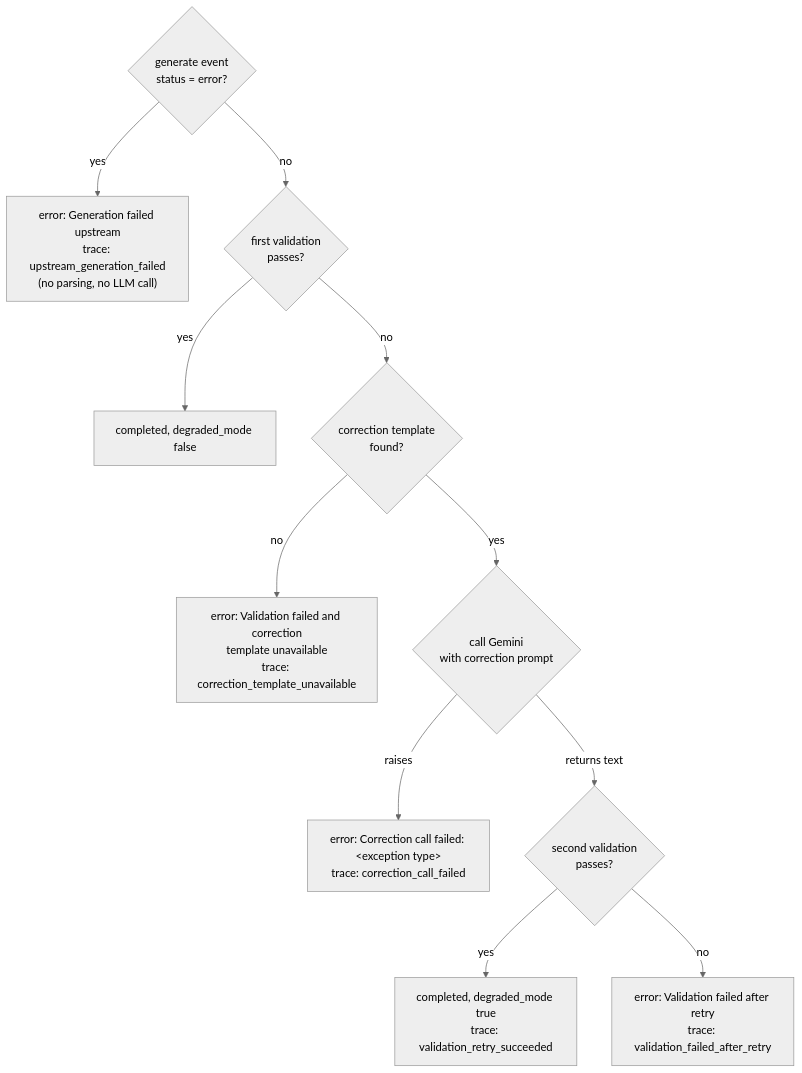
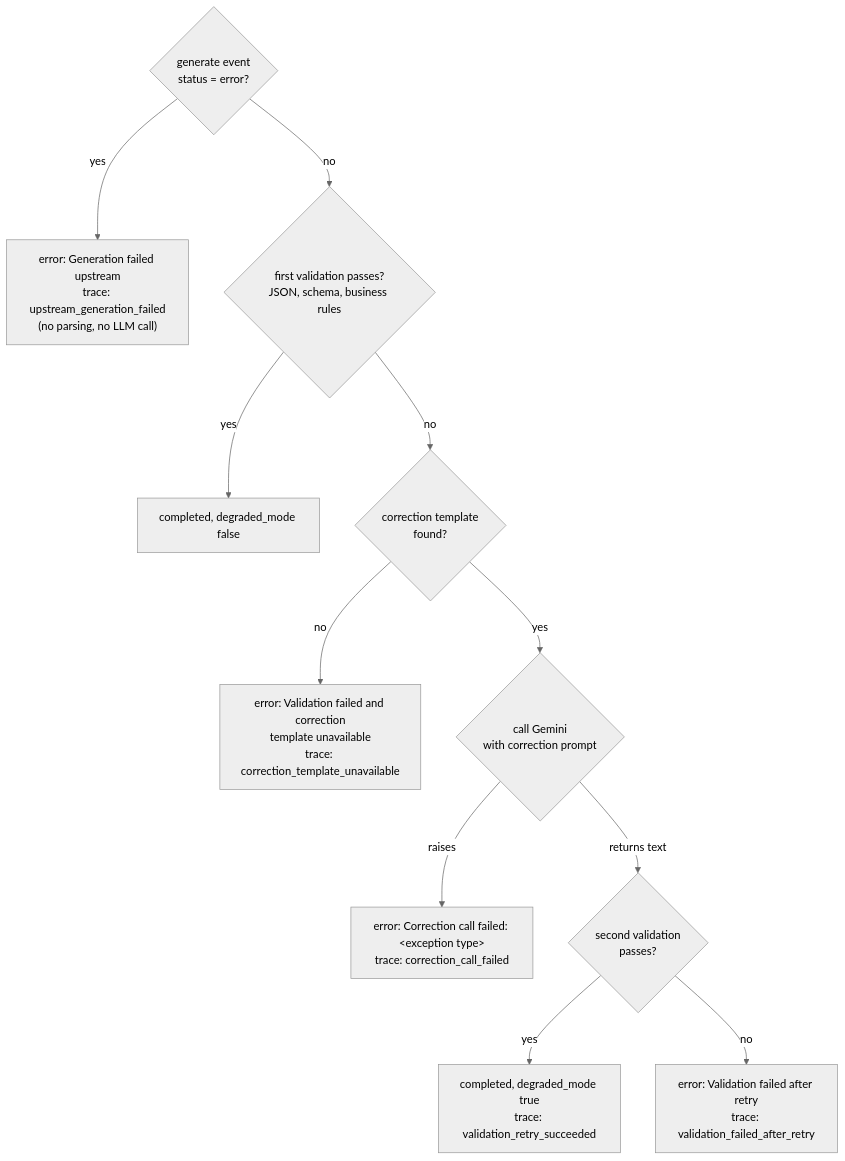
One commit to yutingwang999/Agno_Travel_Agent changed the third of 3 diagrams in docs/api.md. Above: the diagram before and after it, drawn with Mermaid (neutral theme). The commit also changed other lines of this file and 11 other files, not shown here.

Commit message:
feat(harden-workflow-guardrails): check day count, cost consistency, budget ceiling and unsupported specifics after schema validation

````diff
--- a/docs/api.md
+++ b/docs/api.md
@@ -384,13 +384,13 @@
 ```mermaid
 flowchart TD
     G{generate event<br/>status = error?} -- yes --> E0["error: Generation failed upstream<br/>trace: upstream_generation_failed<br/>(no parsing, no LLM call)"]
-    G -- no --> V1{first validation<br/>passes?}
+    G -- no --> V1{first validation passes?<br/>JSON, schema, business rules}
     V1 -- yes --> OK1[completed, degraded_mode false]
     V1 -- no --> T{correction template<br/>found?}
     T -- no --> E1["error: Validation failed and correction<br/>template unavailable<br/>trace: correction_template_unavailable"]
     T -- yes --> C{call Gemini<br/>with correction prompt}
     C -- raises --> E2["error: Correction call failed: #lt;exception type#gt;<br/>trace: correction_call_failed"]
     C -- returns text --> V2{second validation<br/>passes?}
     V2 -- yes --> OK2["completed, degraded_mode true<br/>trace: validation_retry_succeeded"]
     V2 -- no --> E3["error: Validation failed after retry<br/>trace: validation_failed_after_retry"]
 ```
````
